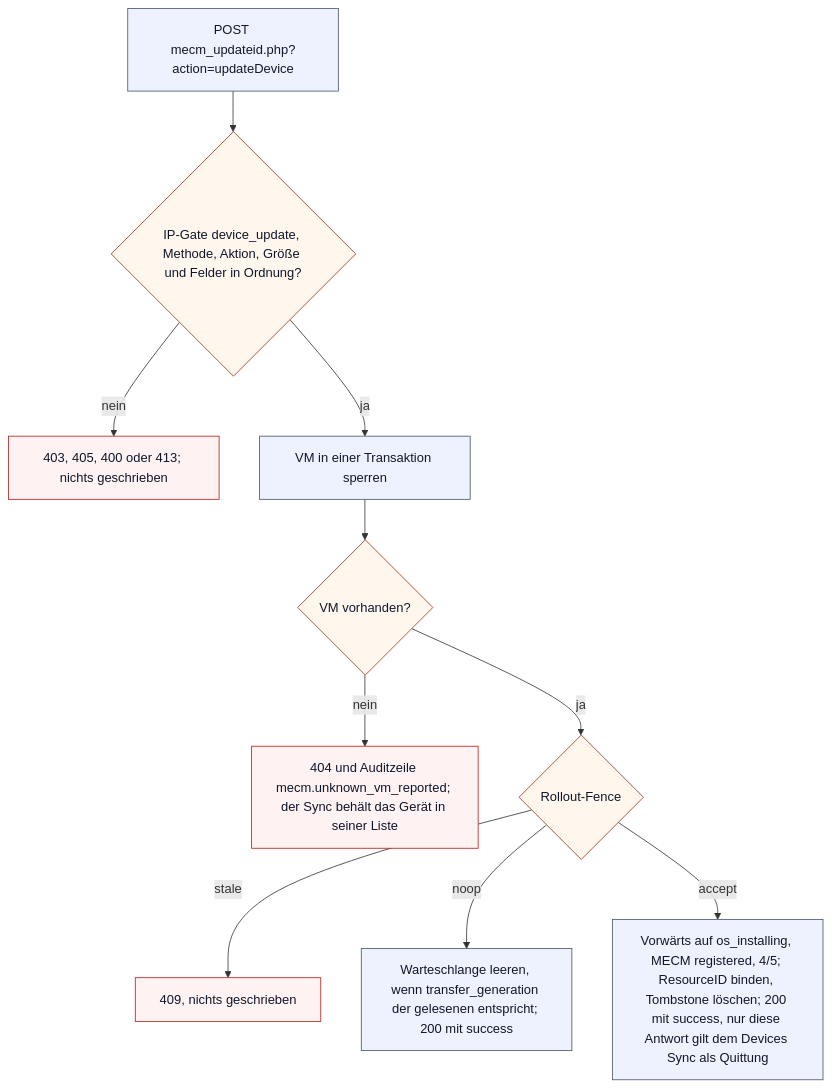
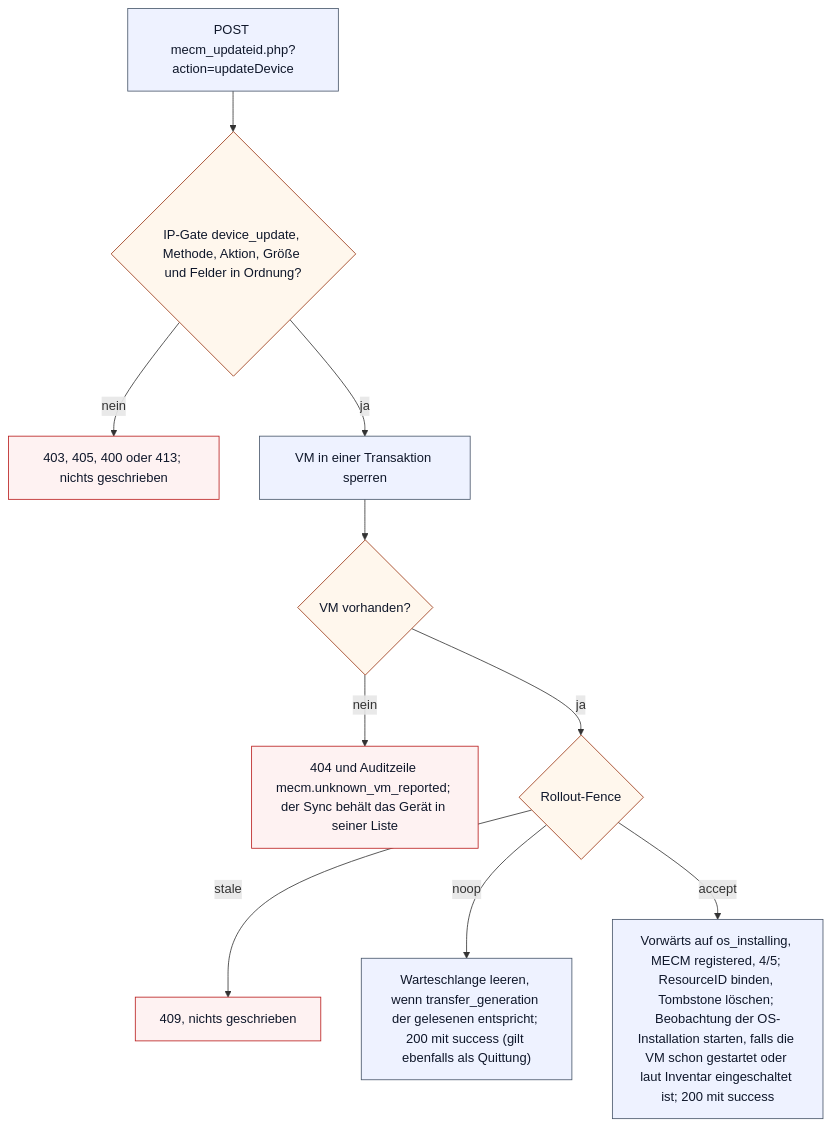
Before and after one commit to Samy94M/VirtuSphere-v2-WebApp: the second of 5 diagrams in docs/operations/machine-api-flows.md, drawn with Mermaid. The commit also changed other lines of this file and 12 other files, not shown here.

First line of the commit message:
TS1-K1: align operations docs and diagrams with the code after the text audit

````diff
--- a/docs/operations/machine-api-flows.md
+++ b/docs/operations/machine-api-flows.md
@@ -59,18 +59,18 @@
 ```mermaid
 flowchart TD
     post["POST mecm_updateid.php?action=updateDevice"] --> checks{"IP-Gate device_update, Methode, Aktion, Größe und Felder in Ordnung?"}
     checks -->|nein| refused["403, 405, 400 oder 413; nichts geschrieben"]
     checks -->|ja| lock["VM in einer Transaktion sperren"]
     lock --> known{"VM vorhanden?"}
     known -->|nein| unknown["404 und Auditzeile mecm.unknown_vm_reported; der Sync behält das Gerät in seiner Liste"]
     known -->|ja| fence{"Rollout-Fence"}
     fence -->|stale| stale["409, nichts geschrieben"]
-    fence -->|noop| noop["Warteschlange leeren, wenn transfer_generation der gelesenen entspricht; 200 mit success"]
-    fence -->|accept| bind["Vorwärts auf os_installing, MECM registered, 4/5; ResourceID binden, Tombstone löschen; 200 mit success, nur diese Antwort gilt dem Devices Sync als Quittung"]
+    fence -->|noop| noop["Warteschlange leeren, wenn transfer_generation der gelesenen entspricht; 200 mit success (gilt ebenfalls als Quittung)"]
+    fence -->|accept| bind["Vorwärts auf os_installing, MECM registered, 4/5; ResourceID binden, Tombstone löschen; Beobachtung der OS-Installation starten, falls die VM schon gestartet oder laut Inventar eingeschaltet ist; 200 mit success"]
     classDef step fill:#eef2ff,stroke:#475569,color:#0f172a;
     classDef decision fill:#fff7ed,stroke:#9a3412,color:#0f172a;
     classDef blocked fill:#fef2f2,stroke:#b91c1c,color:#0f172a;
     class post,lock,noop,bind step;
     class checks,known,fence decision;
     class refused,unknown,stale blocked;
 ```
````
